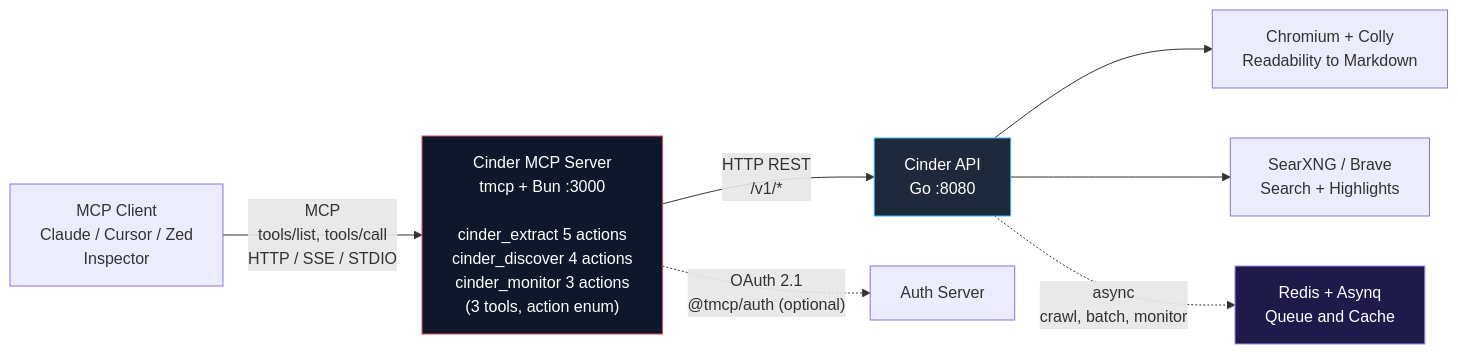
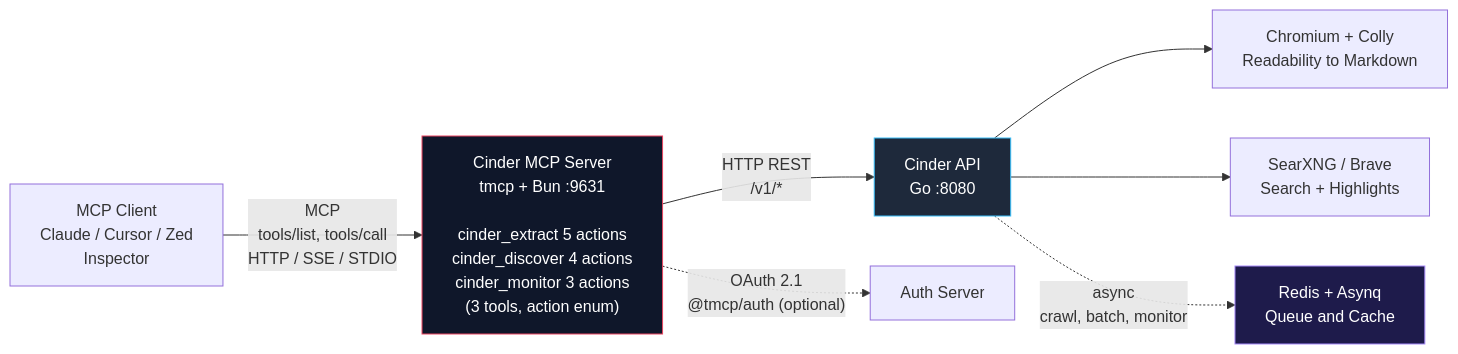
The diagram in README.md (Michael-Obele/cinder-tmcp), drawn with Mermaid before and after one commit. The commit also changed other lines of this file and 5 other files, not shown here.

````diff
--- a/README.md
+++ b/README.md
@@ -63,12 +63,12 @@
 ```mermaid
 flowchart LR
-    Client["MCP Client<br>Claude / Cursor / Zed<br>Inspector"] -->|"MCP<br>tools/list, tools/call<br>HTTP / SSE / STDIO"| MCP["Cinder MCP Server<br>tmcp + Bun :3000<br><br>cinder_extract 5 actions<br>cinder_discover 4 actions<br>cinder_monitor 3 actions<br>(3 tools, action enum)"]
+    Client["MCP Client<br>Claude / Cursor / Zed<br>Inspector"] -->|"MCP<br>tools/list, tools/call<br>HTTP / SSE / STDIO"| MCP["Cinder MCP Server<br>tmcp + Bun :9631<br><br>cinder_extract 5 actions<br>cinder_discover 4 actions<br>cinder_monitor 3 actions<br>(3 tools, action enum)"]
     MCP -->|"HTTP REST<br>/v1/*"| API["Cinder API<br>Go :8080"]
     API --> Scraper["Chromium + Colly<br>Readability to Markdown"]
     API --> Search["SearXNG / Brave<br>Search + Highlights"]
     API -.->|"async<br>crawl, batch, monitor"| Queue["Redis + Asynq<br>Queue and Cache"]
     MCP -.->|"OAuth 2.1<br>@tmcp/auth (optional)"| Auth["Auth Server"]
     style MCP fill:#0f172a,stroke:#e94560,color:#fff
     style API fill:#1e293b,stroke:#38bdf8,color:#fff
     style Queue fill:#1e1b4b,stroke:#a78bfa,color:#fff
 ```
````
